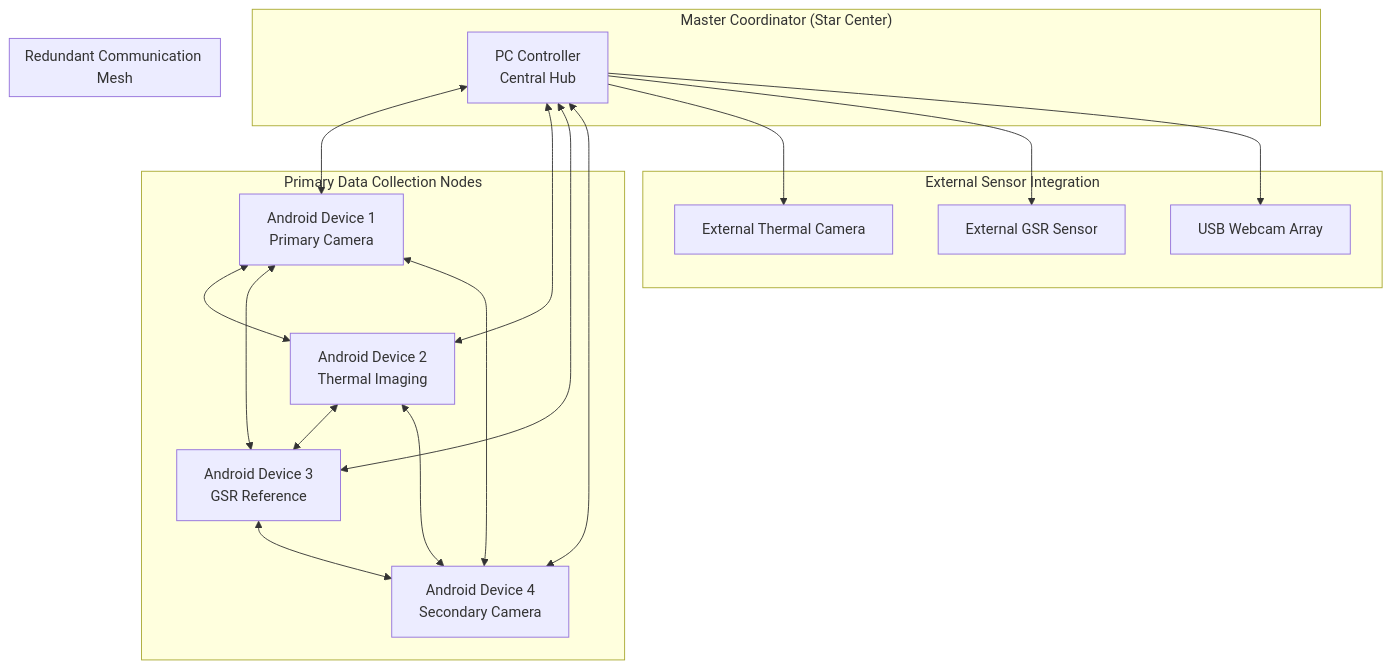
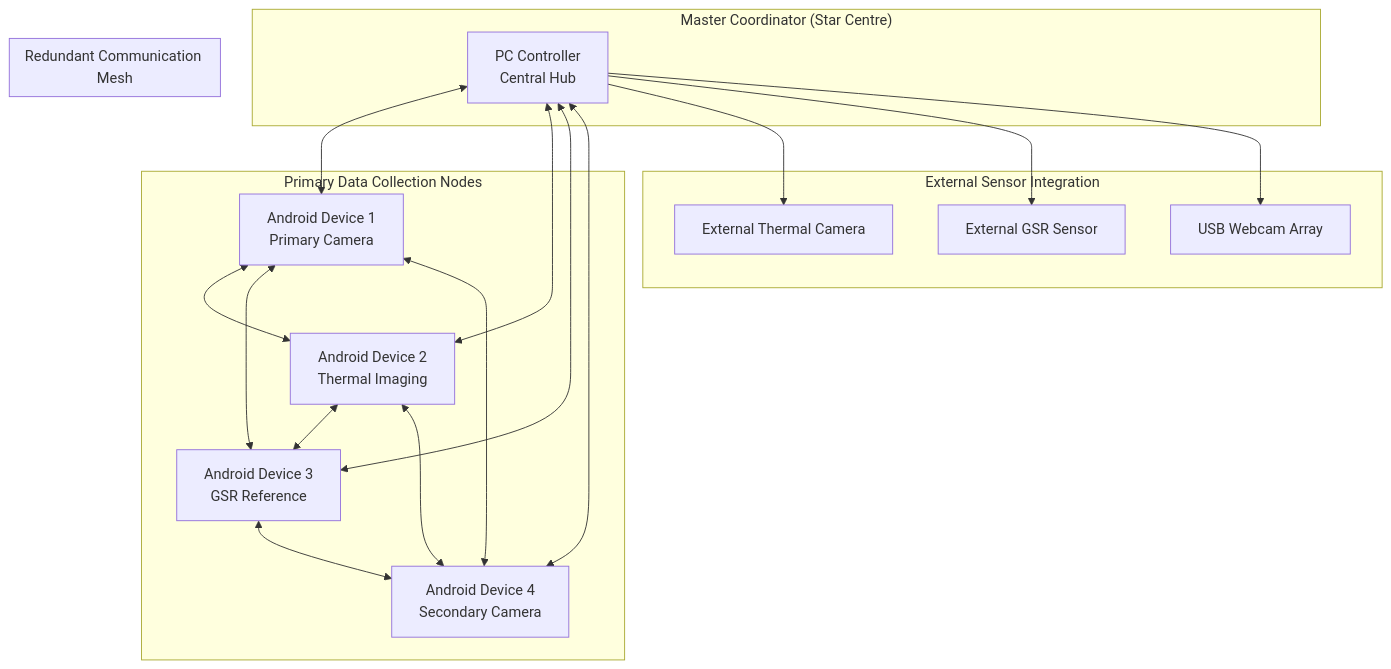
One commit to buccancs/fyp-multi-sensor-recording-system changed the fifth of 10 diagrams in docs/thesis_report/draft_0/chapter_4_design_and_implementation.md. Above: the diagram before and after it, drawn with Mermaid. The commit also changed other lines of this file and 56 other files, not shown here.

````diff
--- a/docs/thesis_report/draft_0/chapter_4_design_and_implementation.md
+++ b/docs/thesis_report/draft_0/chapter_4_design_and_implementation.md
@@ -1526,36 +1526,36 @@
 ```mermaid
 graph TB
-    subgraph "Master Coordinator (Star Center)"
+    subgraph "Master Coordinator (Star Centre)"
         MASTER[PC Controller<br/>Central Hub]
     end
 
     subgraph "Primary Data Collection Nodes"
         NODE1[Android Device 1<br/>Primary Camera]
         NODE2[Android Device 2<br/>Thermal Imaging]
         NODE3[Android Device 3<br/>GSR Reference]
         NODE4[Android Device 4<br/>Secondary Camera]
     end
 
     subgraph "Redundant Communication Mesh"
         NODE1 <--> NODE2
         NODE2 <--> NODE3
         NODE3 <--> NODE4
         NODE4 <--> NODE1
         NODE1 <--> NODE3
         NODE2 <--> NODE4
     end
 
     subgraph "External Sensor Integration"
         THERMAL_EXT[External Thermal Camera]
         GSR_EXT[External GSR Sensor]
         WEBCAM[USB Webcam Array]
     end
 
     MASTER <--> NODE1
     MASTER <--> NODE2
     MASTER <--> NODE3
     MASTER <--> NODE4
     MASTER --> THERMAL_EXT
     MASTER --> GSR_EXT
     MASTER --> WEBCAM
 ```
````
